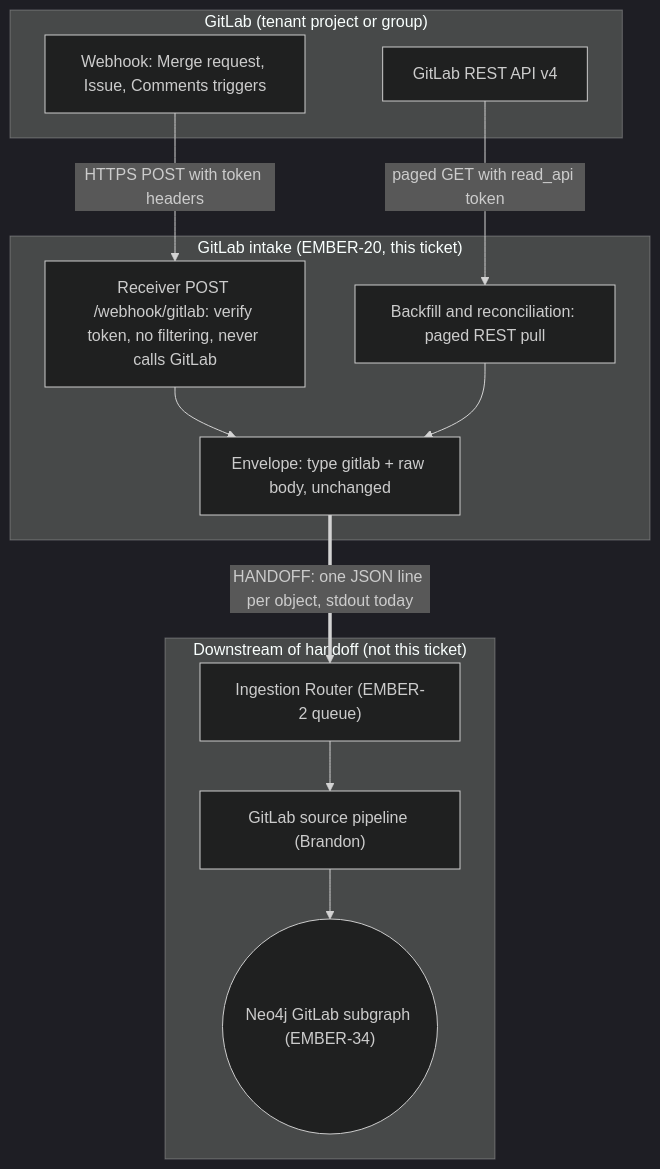
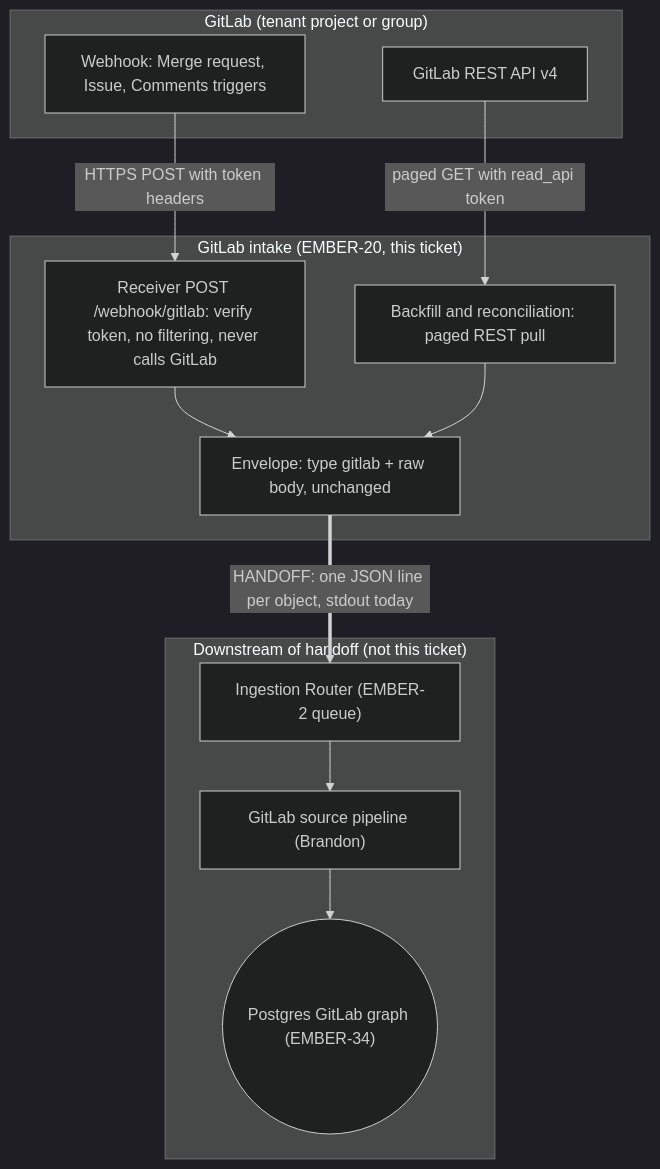
One commit to cbu-capstone-design-27/ember changed the diagram in docs/ingestion/gitlab.md. Above: the diagram before and after it, drawn with Mermaid (dark theme). The commit also changed 19 other files, not shown here.

First line of the commit message:
EMBER-169: docs describe Postgres as the only graph store; ADR 0013

````diff
--- a/docs/ingestion/gitlab.md
+++ b/docs/ingestion/gitlab.md
@@ -98,27 +98,27 @@
 ```mermaid
 flowchart TD
     subgraph GL["GitLab (tenant project or group)"]
         WH["Webhook: Merge request, Issue, Comments triggers"]
         API["GitLab REST API v4"]
     end
 
     subgraph AD["GitLab intake (EMBER-20, this ticket)"]
         RCV["Receiver POST /webhook/gitlab: verify token, no filtering, never calls GitLab"]
         BF["Backfill and reconciliation: paged REST pull"]
         ENV["Envelope: type gitlab + raw body, unchanged"]
     end
 
     subgraph CORE["Downstream of handoff (not this ticket)"]
         ROUTER["Ingestion Router (EMBER-2 queue)"]
         PIPE["GitLab source pipeline (Brandon)"]
-        GRAPH(("Neo4j GitLab subgraph (EMBER-34)"))
+        GRAPH(("Postgres GitLab graph (EMBER-34)"))
     end
 
     WH -->|"HTTPS POST with token headers"| RCV
     API -->|"paged GET with read_api token"| BF
     RCV --> ENV
     BF --> ENV
     ENV ==>|"HANDOFF: one JSON line per object, stdout today"| ROUTER
     ROUTER --> PIPE
     PIPE --> GRAPH
 ```
````
